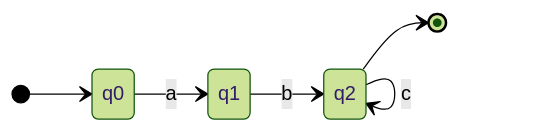
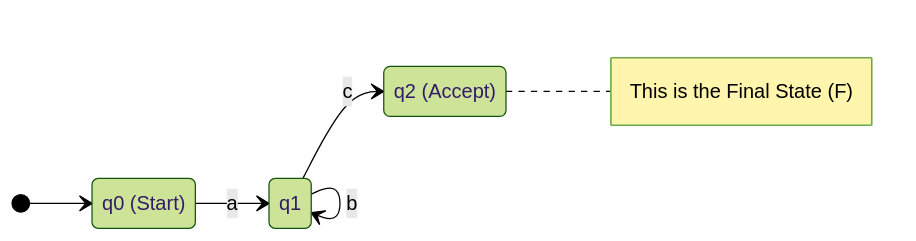
Before and after one commit to Raunak4518/nlp: the diagram in docs/05-finite-state-automata/fsa-fundamentals.md, drawn with Mermaid (forest theme). The commit also changed other lines of this file and 35 other files, not shown here.

````diff
--- a/docs/05-finite-state-automata/fsa-fundamentals.md
+++ b/docs/05-finite-state-automata/fsa-fundamentals.md
@@ -32,9 +47,18 @@
 ```mermaid
 stateDiagram-v2
     direction LR
+    
+    %% Define states
+    state "q0 (Start)" as q0
+    state "q1" as q1
+    state "q2 (Accept)" as q2
+    
+    %% Transitions
     [*] --> q0
     q0 --> q1 : a
-    q1 --> q2 : b
-    q2 --> q2 : c
-    q2 --> [*]
+    q1 --> q1 : b
+    q1 --> q2 : c
+    
+    %% Style the accepting state as a double circle (hack for mermaid: use thick border or just note it)
+    note right of q2: This is the Final State (F)
 ```
````
